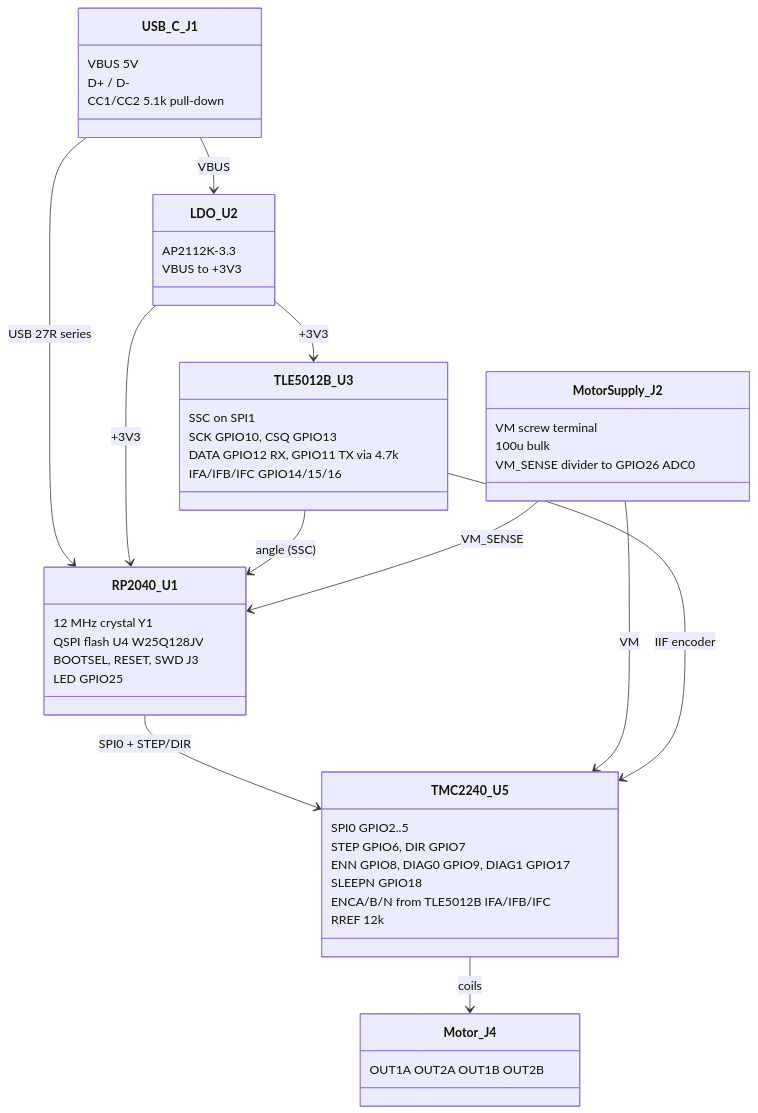
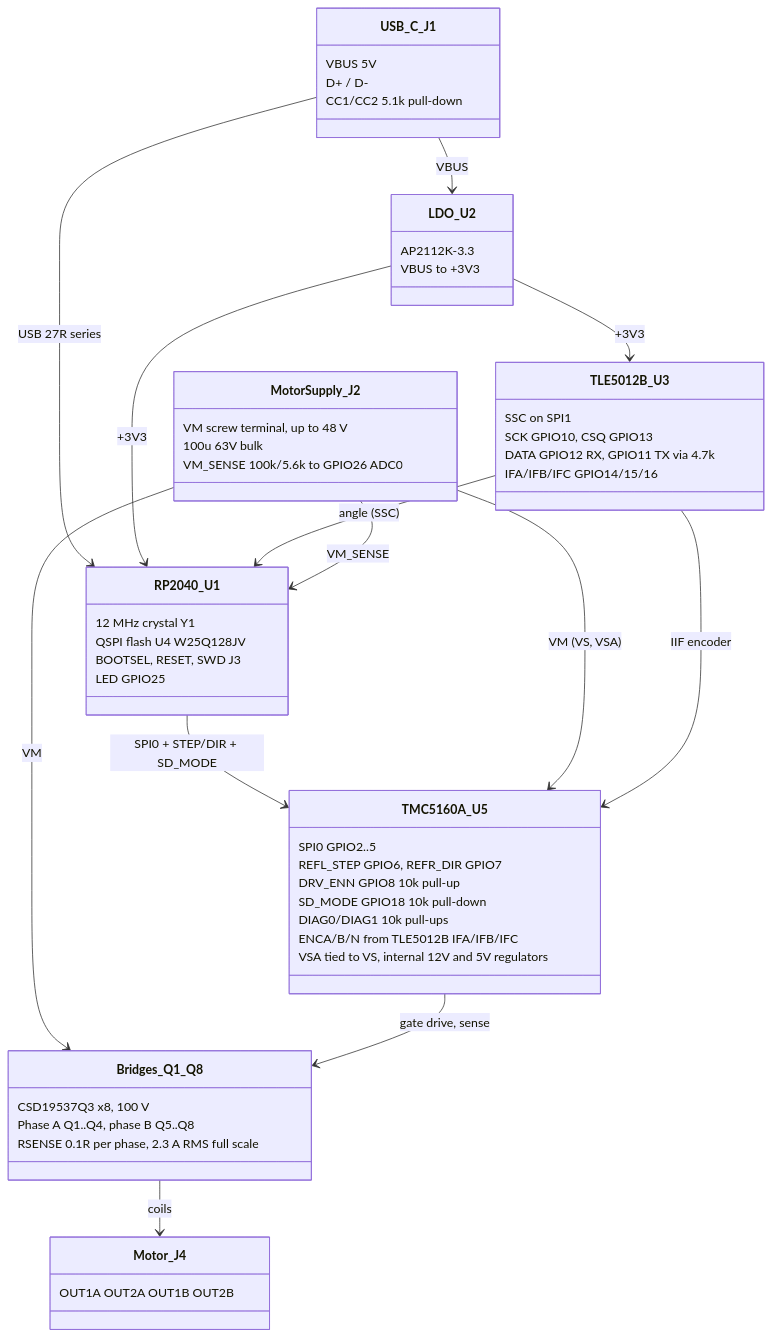
Before and after one commit to tmpk13/pico-step: the diagram in ARCHITECTURE.md, drawn with Mermaid. The commit also changed 15 other files, not shown here.

First line of the commit message:
Swap TMC2240 for TMC5160A-TA, rate motor supply for 48 V

````diff
--- a/ARCHITECTURE.md
+++ b/ARCHITECTURE.md
@@ -3,50 +3,58 @@
 ```mermaid
 classDiagram
     class USB_C_J1 {
         VBUS 5V
         D+ / D-
         CC1/CC2 5.1k pull-down
     }
     class LDO_U2 {
         AP2112K-3.3
         VBUS to +3V3
     }
     class RP2040_U1 {
         12 MHz crystal Y1
         QSPI flash U4 W25Q128JV
         BOOTSEL, RESET, SWD J3
         LED GPIO25
     }
-    class TMC2240_U5 {
+    class TMC5160A_U5 {
         SPI0 GPIO2..5
-        STEP GPIO6, DIR GPIO7
-        ENN GPIO8, DIAG0 GPIO9, DIAG1 GPIO17
-        SLEEPN GPIO18
+        REFL_STEP GPIO6, REFR_DIR GPIO7
+        DRV_ENN GPIO8 10k pull-up
+        SD_MODE GPIO18 10k pull-down
+        DIAG0/DIAG1 10k pull-ups
         ENCA/B/N from TLE5012B IFA/IFB/IFC
-        RREF 12k
+        VSA tied to VS, internal 12V and 5V regulators
+    }
+    class Bridges_Q1_Q8 {
+        CSD19537Q3 x8, 100 V
+        Phase A Q1..Q4, phase B Q5..Q8
+        RSENSE 0.1R per phase, 2.3 A RMS full scale
     }
     class Motor_J4 {
         OUT1A OUT2A OUT1B OUT2B
     }
     class TLE5012B_U3 {
         SSC on SPI1
         SCK GPIO10, CSQ GPIO13
         DATA GPIO12 RX, GPIO11 TX via 4.7k
         IFA/IFB/IFC GPIO14/15/16
     }
     class MotorSupply_J2 {
-        VM screw terminal
-        100u bulk
-        VM_SENSE divider to GPIO26 ADC0
+        VM screw terminal, up to 48 V
+        100u 63V bulk
+        VM_SENSE 100k/5.6k to GPIO26 ADC0
     }
     USB_C_J1 --> LDO_U2 : VBUS
     USB_C_J1 --> RP2040_U1 : USB 27R series
     LDO_U2 --> RP2040_U1 : +3V3
     LDO_U2 --> TLE5012B_U3 : +3V3
-    RP2040_U1 --> TMC2240_U5 : SPI0 + STEP/DIR
+    RP2040_U1 --> TMC5160A_U5 : SPI0 + STEP/DIR + SD_MODE
     TLE5012B_U3 --> RP2040_U1 : angle (SSC)
-    MotorSupply_J2 --> TMC2240_U5 : VM
-    TLE5012B_U3 --> TMC2240_U5 : IIF encoder
-    TMC2240_U5 --> Motor_J4 : coils
+    MotorSupply_J2 --> TMC5160A_U5 : VM (VS, VSA)
+    MotorSupply_J2 --> Bridges_Q1_Q8 : VM
+    TLE5012B_U3 --> TMC5160A_U5 : IIF encoder
+    TMC5160A_U5 --> Bridges_Q1_Q8 : gate drive, sense
+    Bridges_Q1_Q8 --> Motor_J4 : coils
     MotorSupply_J2 --> RP2040_U1 : VM_SENSE
 ```
````
